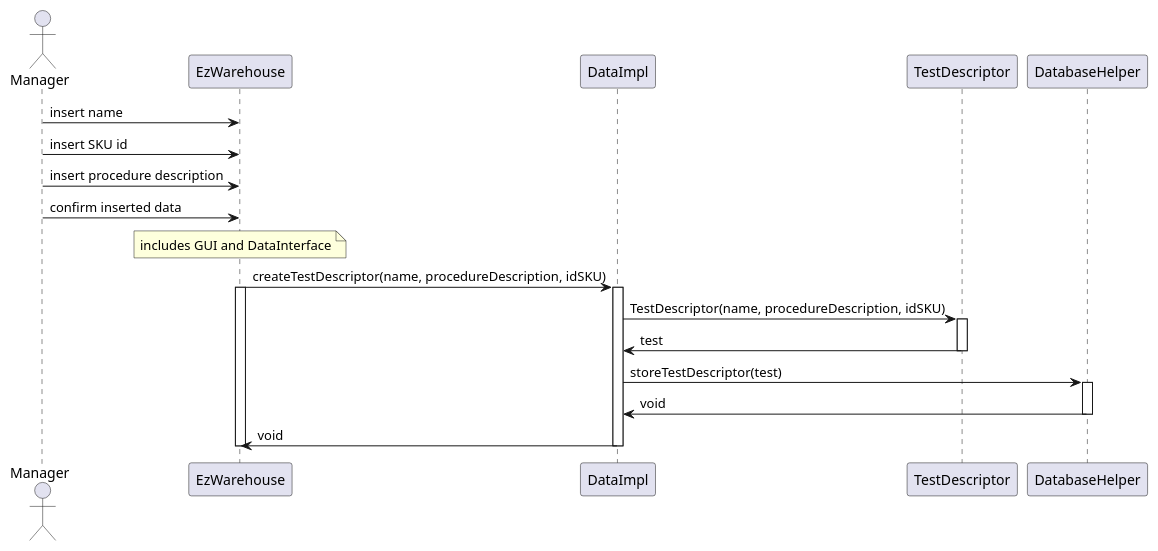
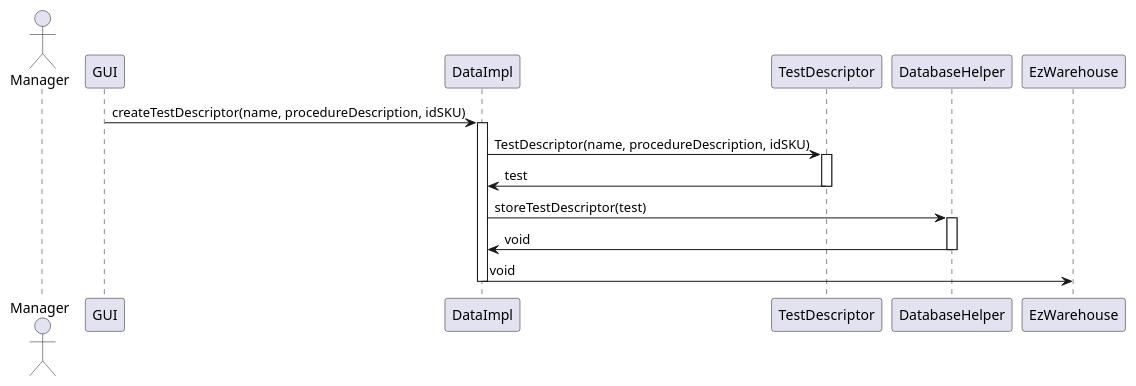
One commit to DavideArcolini/SoftEng_garbageCollector changed the sixth of 6 diagrams in DESIGN PART/DesignDocument.md. Above: the diagram before and after it, drawn with PlantUML.

Commit message:
links deleted in model; modifications to SC12.1

````diff
--- a/DESIGN PART/DesignDocument.md
+++ b/DESIGN PART/DesignDocument.md
@@ -610,23 +610,17 @@
 ```plantuml
 actor Manager
 
-Manager -> EzWarehouse : insert name
-Manager -> EzWarehouse : insert SKU id
-Manager -> EzWarehouse : insert procedure description
-Manager -> EzWarehouse : confirm inserted data
-note over EzWarehouse : includes GUI and DataInterface
-EzWarehouse -> DataImpl : createTestDescriptor(name, procedureDescription, idSKU)
-activate EzWarehouse
+GUI -> DataImpl : createTestDescriptor(name, procedureDescription, idSKU)
 activate DataImpl
 DataImpl -> TestDescriptor : TestDescriptor(name, procedureDescription, idSKU) 
 activate TestDescriptor
 DataImpl <- TestDescriptor : test
 deactivate TestDescriptor
 DataImpl -> DatabaseHelper : storeTestDescriptor(test)
 activate DatabaseHelper
 DataImpl <- DatabaseHelper : void
 deactivate DatabaseHelper
 EzWarehouse <- DataImpl : void
 deactivate DataImpl
 deactivate EzWarehouse
 ```
````
